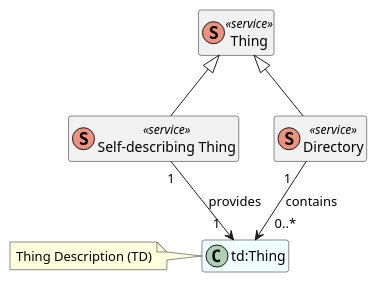
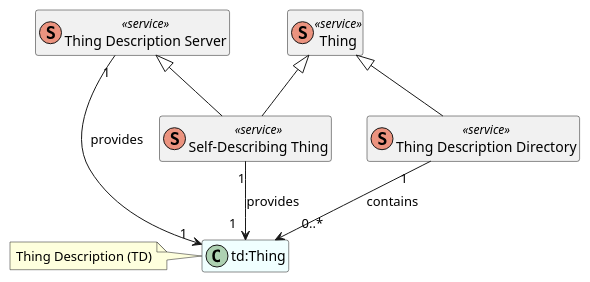
One commit to w3c/wot-discovery changed the diagram in images/exploration-class-diagram.puml. Above: the diagram before and after it, drawn with PlantUML. The commit also changed 2 other files, not shown here.

Commit message:
update UML diagram

```diff
--- a/images/exploration-class-diagram.puml
+++ b/images/exploration-class-diagram.puml
@@ -1,22 +1,26 @@
 @startuml exploration-class-diagram
 /' global configurations '/
 hide methods
 hide members
 
+class Server as "Thing Description Server" <<(S,#eb937f) service>>
+
 class Thing <<(S,#eb937f) service>>
 together {
-    class SelfDesc as "Self-describing Thing" <<(S,#eb937f) service>>
-    class Directory <<(S,#eb937f) service>>
+    class SelfDesc as "Self-Describing Thing" <<(S,#eb937f) service>>
+    class Directory as "Thing Description Directory" <<(S,#eb937f) service>>
 }
 
 class TD as "td:Thing" #Azure
 note left: Thing Description (TD)
 
 /' relations '/
 Thing <|-- SelfDesc
+Server <|-- SelfDesc
 Thing <|-- Directory
 SelfDesc "1" --> "1  " TD: provides
+Server "1" --> "1  " TD: provides
 Directory "1   " --> "   0..*" TD: contains
 
 
 @enduml
```
